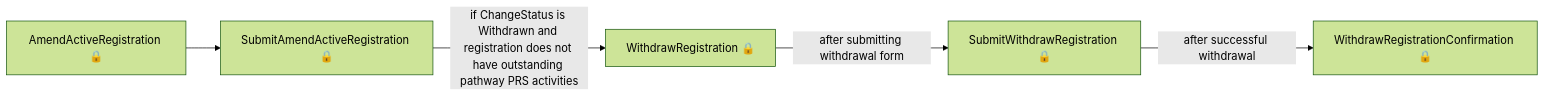
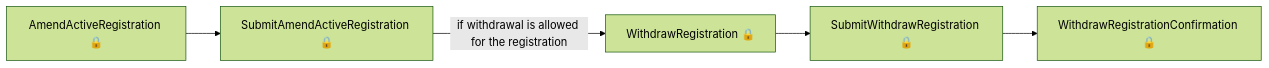
One commit to talentconsulting/atlas-dfe changed the third of 9 diagrams in tl-results-and-certification/user-journeys/user-journeys.md. Above: the diagram before and after it, drawn with Mermaid (forest theme). The commit also changed other lines of this file and 6 other files, not shown here.

````diff
--- a/tl-results-and-certification/user-journeys/user-journeys.md
+++ b/tl-results-and-certification/user-journeys/user-journeys.md
@@ -36,7 +44,7 @@
 ```mermaid
 flowchart LR
   p0["AmendActiveRegistration 🔒"] --> p1["SubmitAmendActiveRegistration 🔒"]
-  p1["SubmitAmendActiveRegistration 🔒"] -->|"if ChangeStatus is Withdrawn and registration does not have outstanding pathway PRS activities"| p2["WithdrawRegistration 🔒"]
-  p2["WithdrawRegistration 🔒"] -->|"after submitting withdrawal form"| p3["SubmitWithdrawRegistration 🔒"]
-  p3["SubmitWithdrawRegistration 🔒"] -->|"after successful withdrawal"| p4["WithdrawRegistrationConfirmation 🔒"]
+  p1["SubmitAmendActiveRegistration 🔒"] -->|"if withdrawal is allowed for the registration"| p2["WithdrawRegistration 🔒"]
+  p2["WithdrawRegistration 🔒"] --> p3["SubmitWithdrawRegistration 🔒"]
+  p3["SubmitWithdrawRegistration 🔒"] --> p4["WithdrawRegistrationConfirmation 🔒"]
 ```
````
